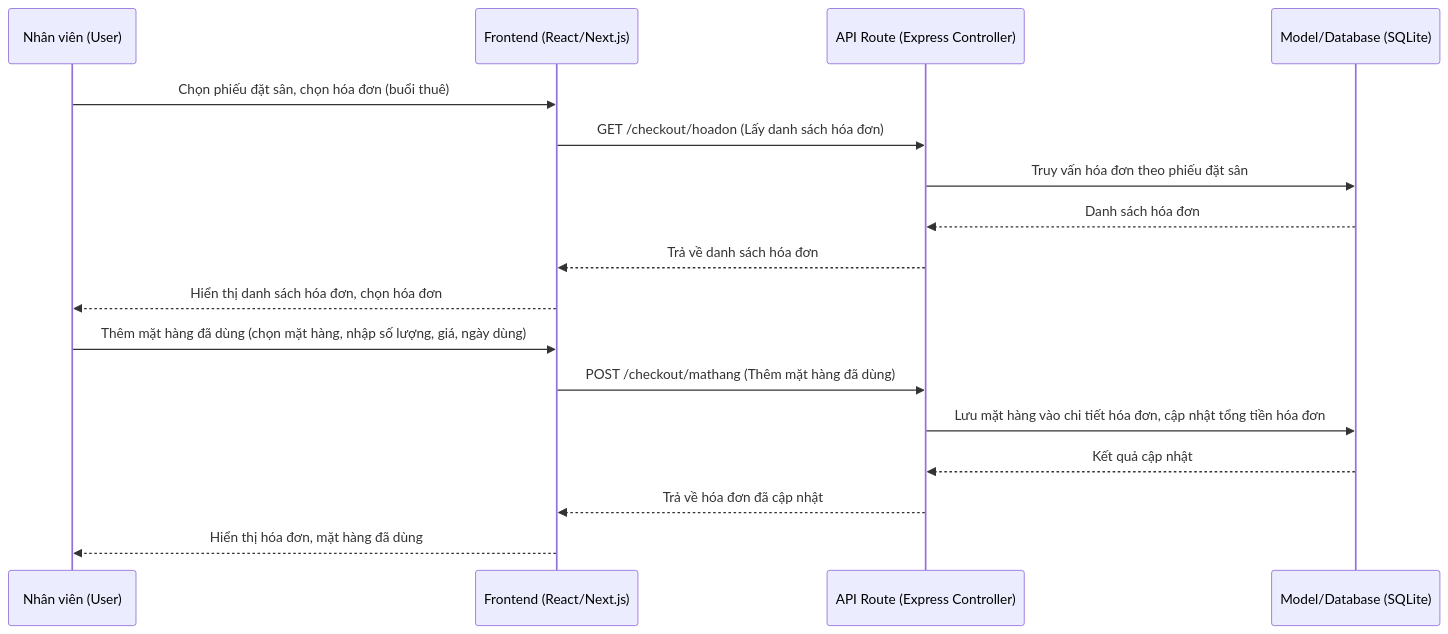
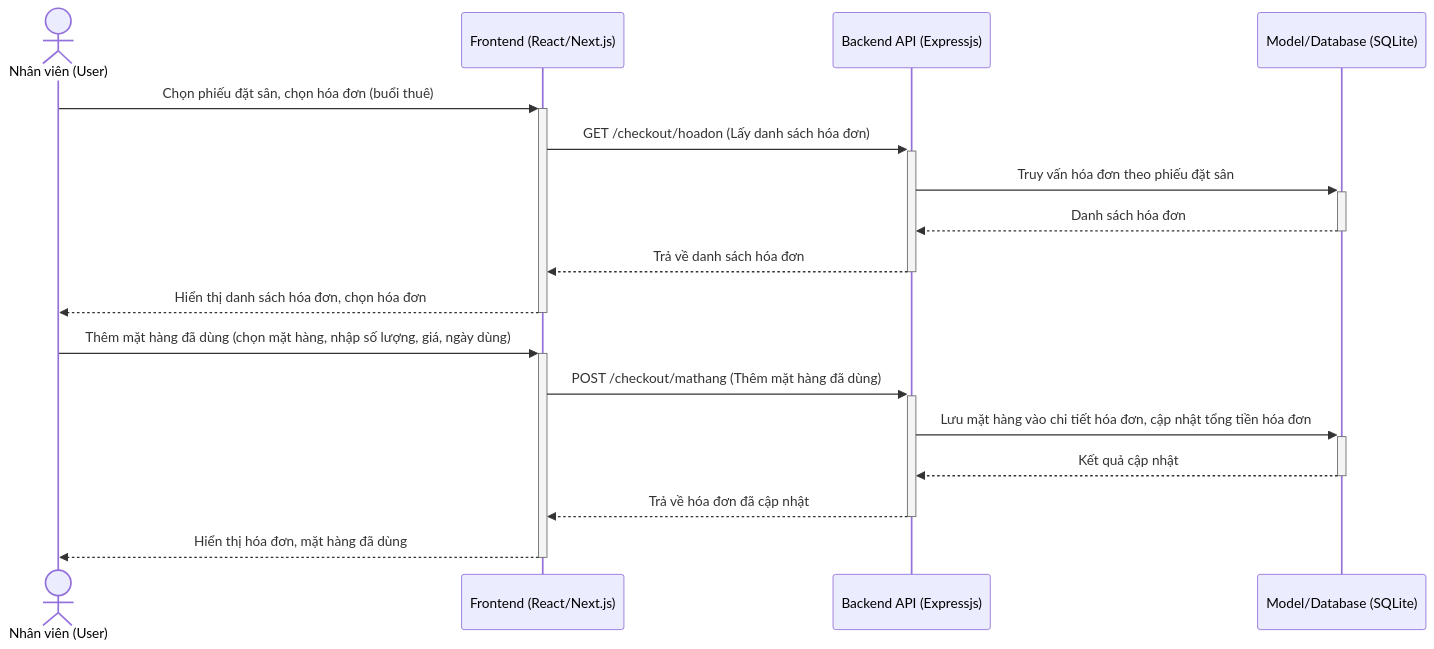
The fourth of 6 diagrams in BAOCAO.md (hinorashi/qlsb), drawn with Mermaid before and after one commit. The commit also changed other lines of this file, not shown here.

Commit message:
thêm activation

````diff
--- a/BAOCAO.md
+++ b/BAOCAO.md
@@ -164,21 +209,21 @@
 ```mermaid
 sequenceDiagram
-    participant User as Nhân viên (User)
+    actor User as Nhân viên (User)
     participant View as Frontend (React/Next.js)
-    participant Controller as API Route (Express Controller)
+    participant Controller as Backend API (Expressjs)
     participant Model as Model/Database (SQLite)
 
-    User->>View: Chọn phiếu đặt sân, chọn hóa đơn (buổi thuê)
-    View->>Controller: GET /checkout/hoadon (Lấy danh sách hóa đơn)
-    Controller->>Model: Truy vấn hóa đơn theo phiếu đặt sân
-    Model-->>Controller: Danh sách hóa đơn
-    Controller-->>View: Trả về danh sách hóa đơn
-    View-->>User: Hiển thị danh sách hóa đơn, chọn hóa đơn
+    User->>+View: Chọn phiếu đặt sân, chọn hóa đơn (buổi thuê)
+    View->>+Controller: GET /checkout/hoadon (Lấy danh sách hóa đơn)
+    Controller->>+Model: Truy vấn hóa đơn theo phiếu đặt sân
+    Model-->>-Controller: Danh sách hóa đơn
+    Controller-->>-View: Trả về danh sách hóa đơn
+    View-->>-User: Hiển thị danh sách hóa đơn, chọn hóa đơn
 
-    User->>View: Thêm mặt hàng đã dùng (chọn mặt hàng, nhập số lượng, giá, ngày dùng)
-    View->>Controller: POST /checkout/mathang (Thêm mặt hàng đã dùng)
-    Controller->>Model: Lưu mặt hàng vào chi tiết hóa đơn, cập nhật tổng tiền hóa đơn
-    Model-->>Controller: Kết quả cập nhật
-    Controller-->>View: Trả về hóa đơn đã cập nhật
-    View-->>User: Hiển thị hóa đơn, mặt hàng đã dùng
+    User->>+View: Thêm mặt hàng đã dùng (chọn mặt hàng, nhập số lượng, giá, ngày dùng)
+    View->>+Controller: POST /checkout/mathang (Thêm mặt hàng đã dùng)
+    Controller->>+Model: Lưu mặt hàng vào chi tiết hóa đơn, cập nhật tổng tiền hóa đơn
+    Model-->>-Controller: Kết quả cập nhật
+    Controller-->>-View: Trả về hóa đơn đã cập nhật
+    View-->>-User: Hiển thị hóa đơn, mặt hàng đã dùng
 ```
````
